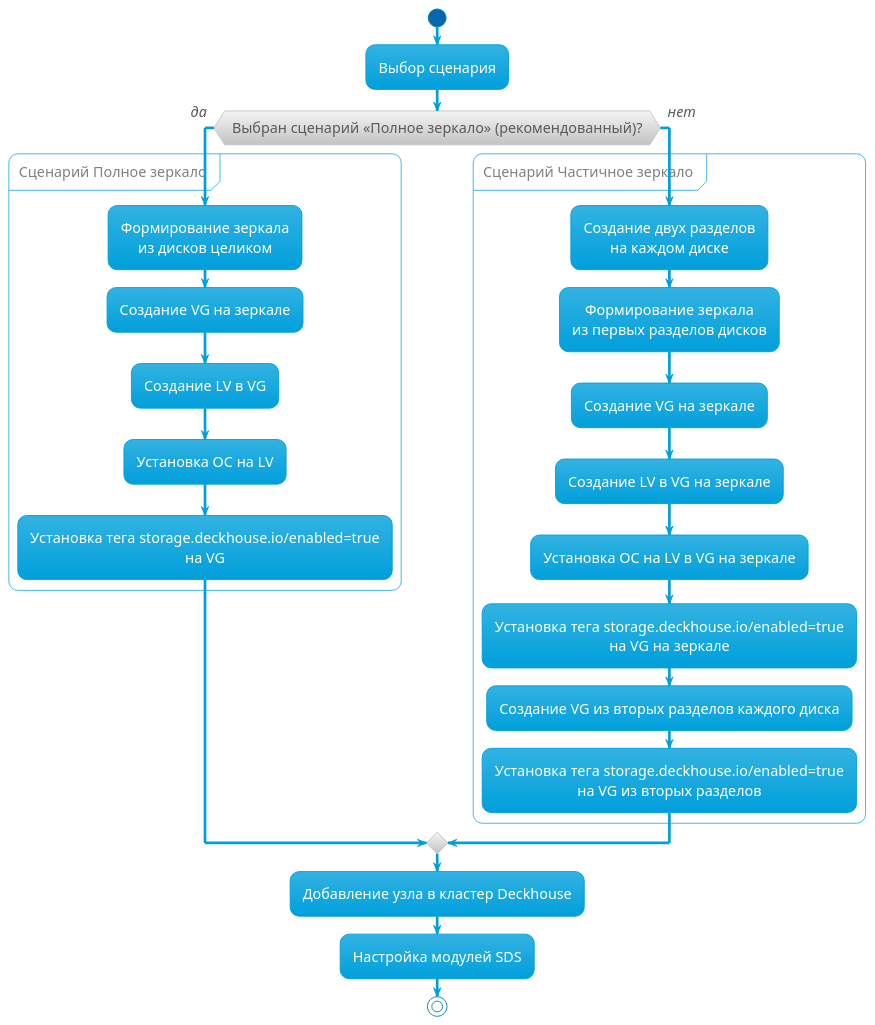
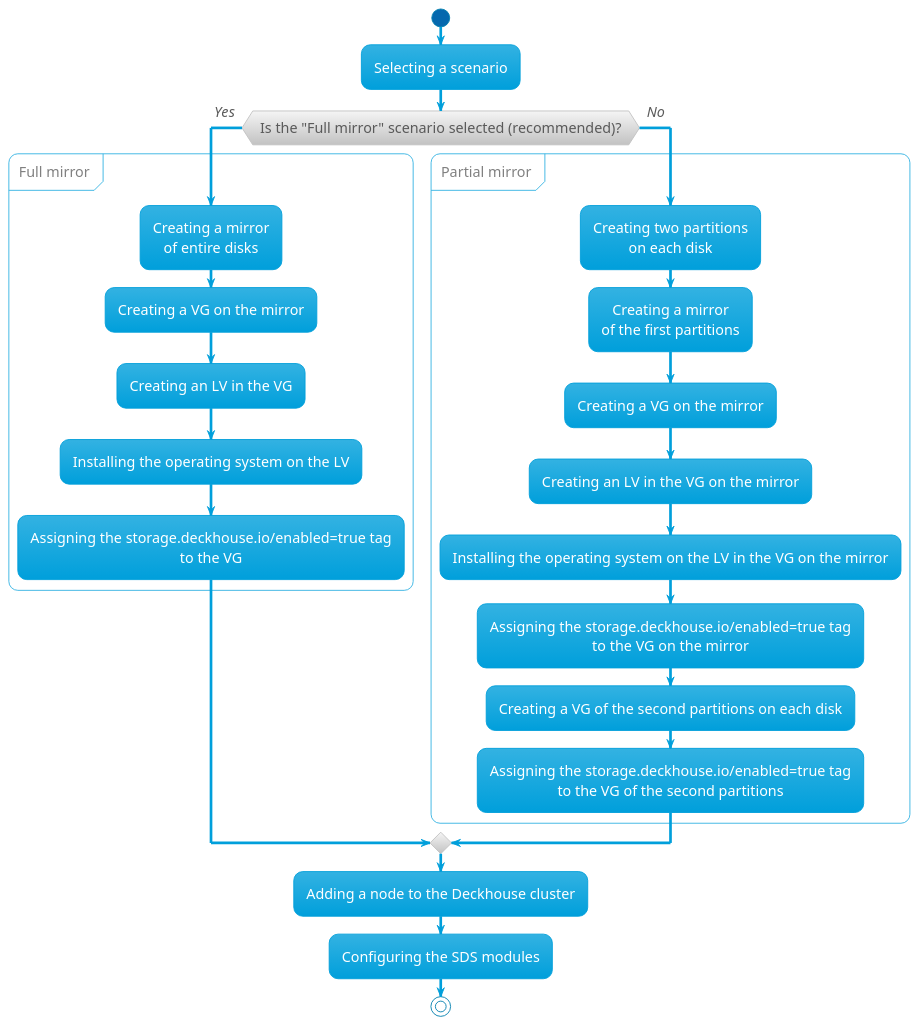
The diagram in docs/images/sds-node-configurator-scenaries.puml (deckhouse/sds-node-configurator), drawn with PlantUML before and after one commit. The commit also changed 1 other file, not shown here.

Commit message:
Translate latest edits and diagram

```diff
--- a/docs/images/sds-node-configurator-scenaries.puml
+++ b/docs/images/sds-node-configurator-scenaries.puml
@@ -1,51 +1,51 @@
 @startuml
 
 !theme bluegray
 skinparam DefaultFontSize 16
 skinparam handwritten false
 skinparam ArrowFontStyle italic
 skinparam DefaultTextAlignment center
 skinparam PartitionFontColor grey
 skinparam backgroundColor transparent
 
 start
 
-:Выбор сценария;
+:Selecting a scenario;
 
-if (Выбран сценарий «Полное зеркало» (рекомендованный)?) then (да)
+if (Is the "Full mirror" scenario selected (recommended)?) then (Yes)
 
-group "Сценарий Полное зеркало"
-  :Формирование зеркала
-  из дисков целиком;
-  :Создание VG на зеркале;
-  :Создание LV в VG;
-  :Установка ОС на LV;
-  :Установка тега storage.deckhouse.io/enabled=true
-  на VG;
+group "Full mirror"
+  :Creating a mirror
+  of entire disks;
+  :Creating a VG on the mirror;
+  :Creating an LV in the VG;
+  :Installing the operating system on the LV;
+  :Assigning the storage.deckhouse.io/enabled=true tag
+  to the VG;
 end group
 
-else (нет)
+else (No)
 
-group "Сценарий Частичное зеркало"
-  :Создание двух разделов
-  на каждом диске;
-  :Формирование зеркала
-  из первых разделов дисков;
-  :Создание VG на зеркале;
-  :Создание LV в VG на зеркале;
-  :Установка ОС на LV в VG на зеркале;
-  :Установка тега storage.deckhouse.io/enabled=true
-  на VG на зеркале;
-  :Создание VG из вторых разделов каждого диска;
-  :Установка тега storage.deckhouse.io/enabled=true
-  на VG из вторых разделов;
+group "Partial mirror"
+  :Creating two partitions
+  on each disk;
+  :Creating a mirror
+  of the first partitions;
+  :Creating a VG on the mirror;
+  :Creating an LV in the VG on the mirror;
+  :Installing the operating system on the LV in the VG on the mirror;
+  :Assigning the storage.deckhouse.io/enabled=true tag
+  to the VG on the mirror;
+  :Creating a VG of the second partitions on each disk;
+  :Assigning the storage.deckhouse.io/enabled=true tag
+  to the VG of the second partitions;
 end group
 
 endif
 
-:Добавление узла в кластер Deckhouse;
-:Настройка модулей SDS;
+:Adding a node to the Deckhouse cluster;
+:Configuring the SDS modules;
 
 stop
 
 @enduml
```
